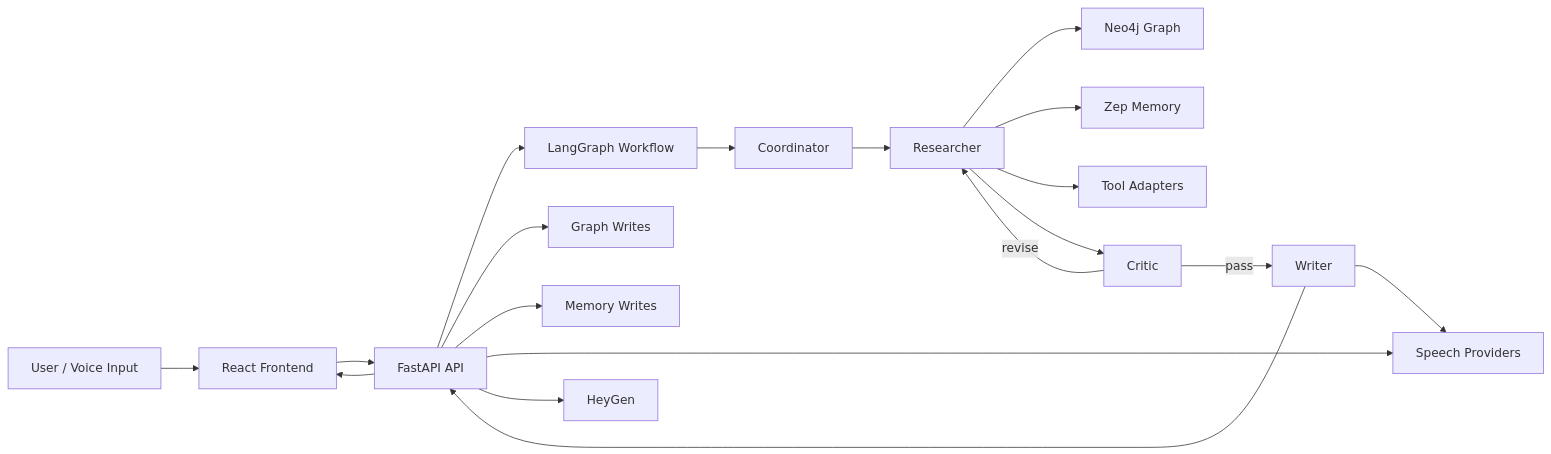
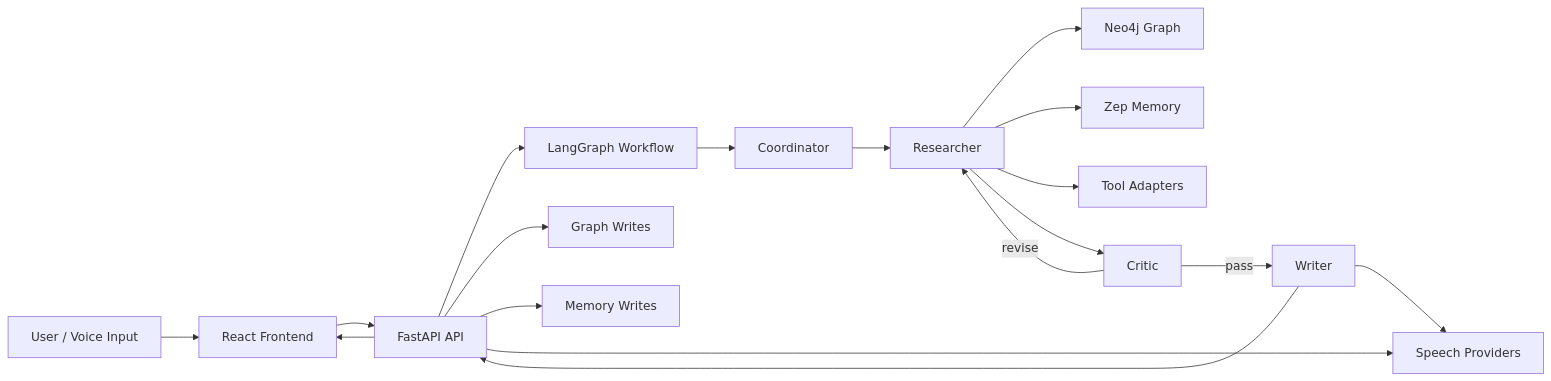
One commit to scrapdo/langgraph-multi-agent-kg-demo changed the diagram in README.md. Above: the diagram before and after it, drawn with Mermaid. The commit also changed other lines of this file and 55 other files, not shown here.

````diff
--- a/README.md
+++ b/README.md
@@ -201,21 +225,20 @@
 ```mermaid
 flowchart LR
     U["User / Voice Input"] --> FE["React Frontend"]
     FE --> API["FastAPI API"]
     API --> LG["LangGraph Workflow"]
     LG --> C["Coordinator"]
     C --> R["Researcher"]
     R --> K["Neo4j Graph"]
     R --> M["Zep Memory"]
     R --> T["Tool Adapters"]
     R --> CR["Critic"]
     CR -->|revise| R
     CR -->|pass| W["Writer"]
     W --> API
     API --> FE
     API --> KG["Graph Writes"]
     API --> ZM["Memory Writes"]
     API --> TTS["Speech Providers"]
-    API --> HG["HeyGen"]
     W --> TTS
 ```
````
